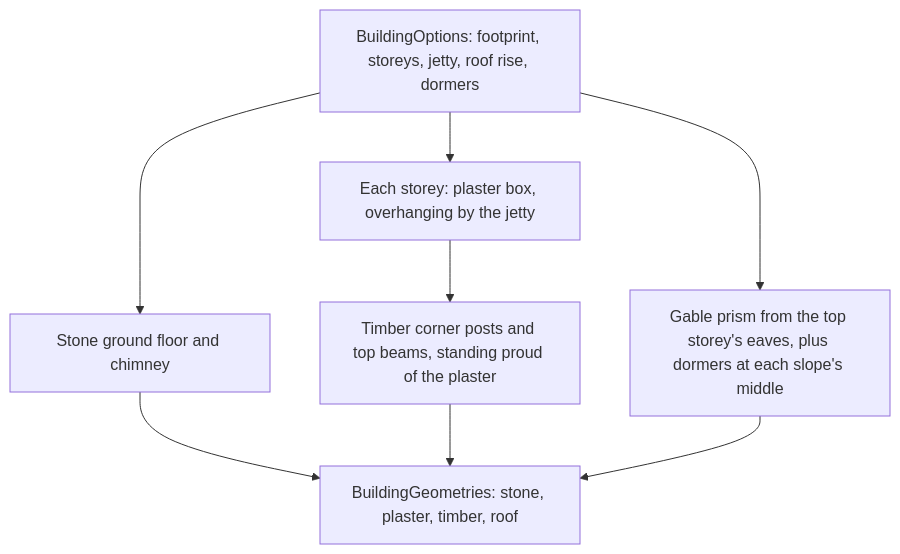
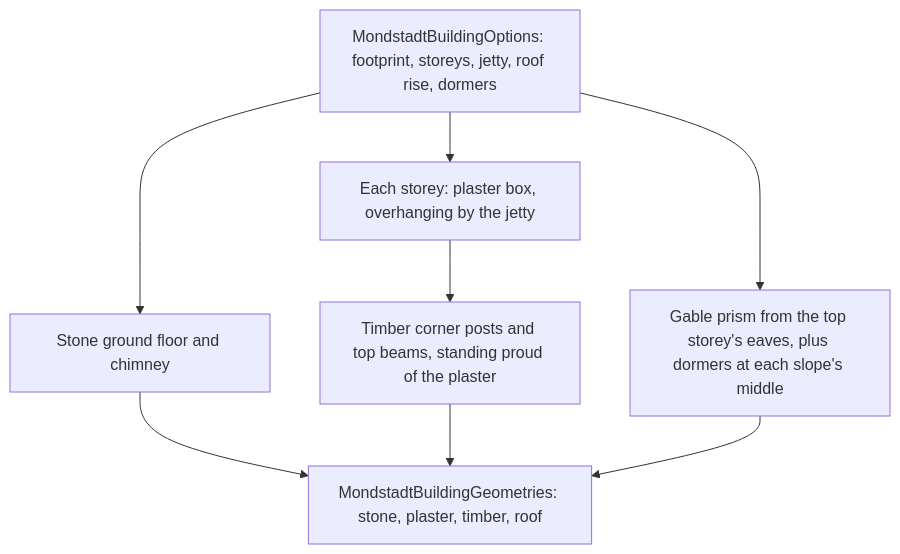
One commit to Esposter/Esposter changed the diagram in apps/web/content/docs/genshin/mondstadt-buildings.md. Above: the diagram before and after it, drawn with Mermaid. The commit also changed other lines of this file and 10 other files, not shown here.

````diff
--- a/apps/web/content/docs/genshin/mondstadt-buildings.md
+++ b/apps/web/content/docs/genshin/mondstadt-buildings.md
@@ -10,10 +10,10 @@
 ```mermaid
 flowchart TD
-  OP[BuildingOptions: footprint, storeys, jetty, roof rise, dormers] --> GF[Stone ground floor and chimney]
+  OP[MondstadtBuildingOptions: footprint, storeys, jetty, roof rise, dormers] --> GF[Stone ground floor and chimney]
   OP --> ST[Each storey: plaster box, overhanging by the jetty]
   ST --> TF[Timber corner posts and top beams, standing proud of the plaster]
   OP --> RF[Gable prism from the top storey's eaves, plus dormers at each slope's middle]
-  GF --> OUT[BuildingGeometries: stone, plaster, timber, roof]
+  GF --> OUT[MondstadtBuildingGeometries: stone, plaster, timber, roof]
   TF --> OUT
   RF --> OUT
 ```
````
